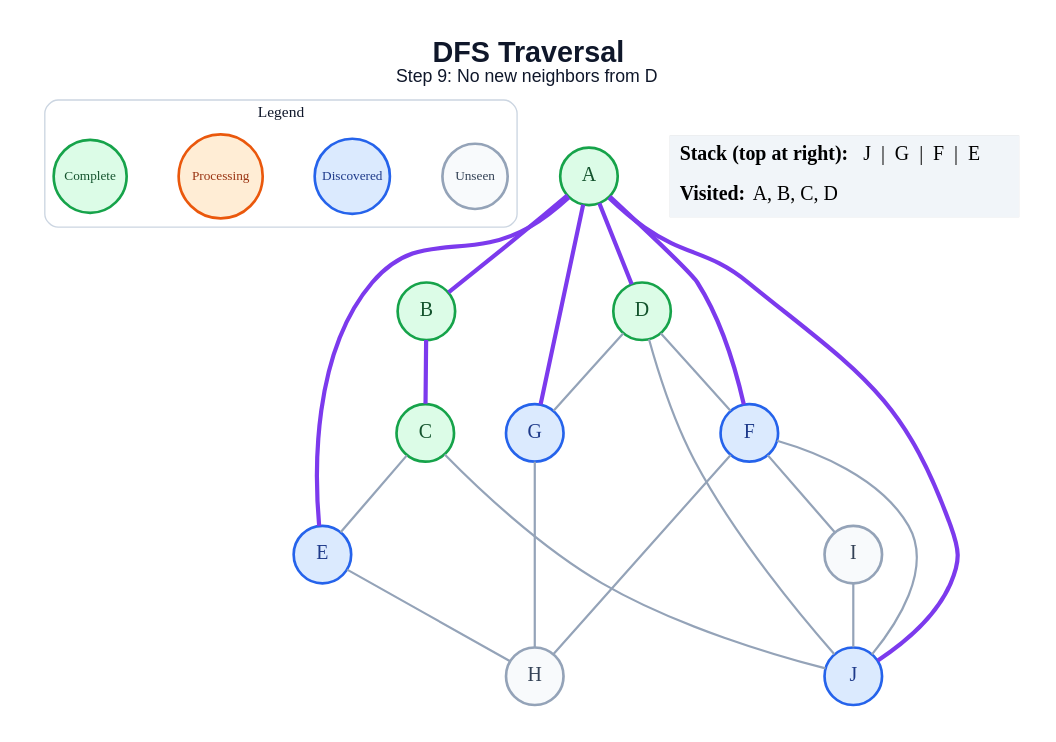
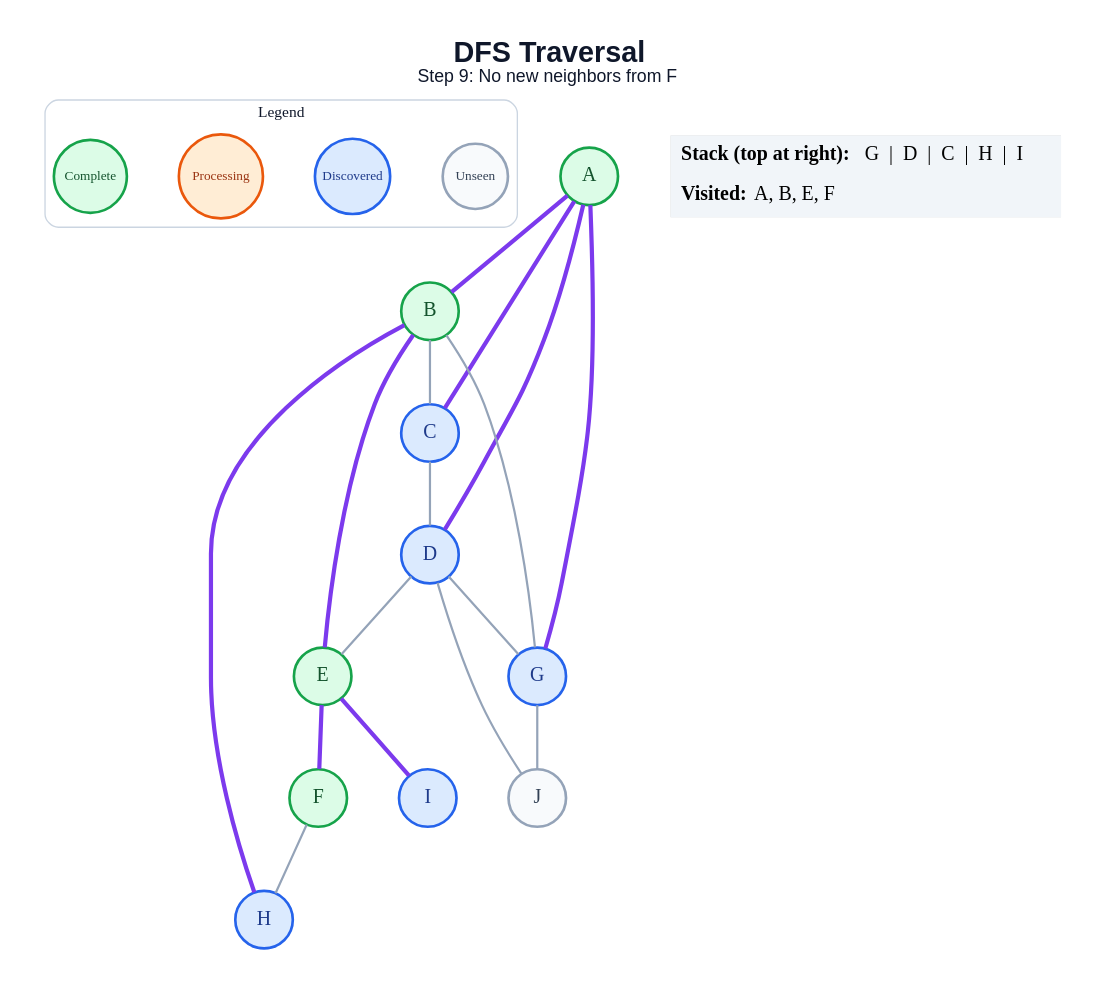
The diagram in generated/dfs/step_09.dot (amanghodawala9/ai-slop), drawn with Graphviz before and after one commit. The commit also changed 178 other files, not shown here.

```diff
--- a/generated/dfs/step_09.dot
+++ b/generated/dfs/step_09.dot
@@ -1,47 +1,45 @@
 graph traversal {
   graph [layout=dot, rankdir=TB, bgcolor="#FFFFFF", pad="0.35", nodesep="0.65", ranksep="0.8", fontname="Arial"];
   node [shape=circle, style="filled", fontname="Arial Bold", fontsize=18, width=0.72, fixedsize=true, penwidth=2.4];
   edge [color="#94A3B8", penwidth=2.0];
-  label=<<B>DFS Traversal</B><BR/><FONT POINT-SIZE="16">Step 9: No new neighbors from D</FONT>>; labelloc="t"; fontsize=26; fontname="Arial"; fontcolor="#0F172A";
+  label=<<B>DFS Traversal</B><BR/><FONT POINT-SIZE="16">Step 9: No new neighbors from F</FONT>>; labelloc="t"; fontsize=26; fontname="Arial"; fontcolor="#0F172A";
   subgraph cluster_legend { label="Legend"; color="#CBD5E1"; penwidth=1.2; style="rounded"; fontsize=14; fontname="Arial Bold";
     key_unseen [label="Unseen", fillcolor="#F8FAFC", color="#94A3B8", fontcolor="#334155", fontsize=12, width=0.82];
     key_frontier [label="Discovered", fillcolor="#DBEAFE", color="#2563EB", fontcolor="#1E3A8A", fontsize=12, width=0.95];
     key_current [label="Processing", fillcolor="#FFEDD5", color="#EA580C", fontcolor="#9A3412", fontsize=12, width=1.05];
     key_done [label="Complete", fillcolor="#DCFCE7", color="#16A34A", fontcolor="#14532D", fontsize=12, width=0.92];
     { rank=same; key_unseen; key_frontier; key_current; key_done; }
   }
   A [fillcolor="#DCFCE7", color="#16A34A", fontcolor="#14532D"];
   B [fillcolor="#DCFCE7", color="#16A34A", fontcolor="#14532D"];
-  C [fillcolor="#DCFCE7", color="#16A34A", fontcolor="#14532D"];
-  D [fillcolor="#DCFCE7", color="#16A34A", fontcolor="#14532D"];
-  E [fillcolor="#DBEAFE", color="#2563EB", fontcolor="#1E3A8A"];
-  F [fillcolor="#DBEAFE", color="#2563EB", fontcolor="#1E3A8A"];
+  C [fillcolor="#DBEAFE", color="#2563EB", fontcolor="#1E3A8A"];
+  D [fillcolor="#DBEAFE", color="#2563EB", fontcolor="#1E3A8A"];
+  E [fillcolor="#DCFCE7", color="#16A34A", fontcolor="#14532D"];
+  F [fillcolor="#DCFCE7", color="#16A34A", fontcolor="#14532D"];
   G [fillcolor="#DBEAFE", color="#2563EB", fontcolor="#1E3A8A"];
-  H [fillcolor="#F8FAFC", color="#94A3B8", fontcolor="#334155"];
-  I [fillcolor="#F8FAFC", color="#94A3B8", fontcolor="#334155"];
-  J [fillcolor="#DBEAFE", color="#2563EB", fontcolor="#1E3A8A"];
+  H [fillcolor="#DBEAFE", color="#2563EB", fontcolor="#1E3A8A"];
+  I [fillcolor="#DBEAFE", color="#2563EB", fontcolor="#1E3A8A"];
+  J [fillcolor="#F8FAFC", color="#94A3B8", fontcolor="#334155"];
   A -- B [color="#7C3AED", penwidth=3.8];
+  A -- C [color="#7C3AED", penwidth=3.8];
   A -- D [color="#7C3AED", penwidth=3.8];
-  A -- E [color="#7C3AED", penwidth=3.8];
-  A -- F [color="#7C3AED", penwidth=3.8];
   A -- G [color="#7C3AED", penwidth=3.8];
-  A -- J [color="#7C3AED", penwidth=3.8];
-  B -- C [color="#7C3AED", penwidth=3.8];
-  C -- E;
-  C -- J;
-  D -- F;
+  B -- C;
+  B -- E [color="#7C3AED", penwidth=3.8];
+  B -- G;
+  B -- H [color="#7C3AED", penwidth=3.8];
+  C -- D;
+  D -- E;
   D -- G;
   D -- J;
-  E -- H;
+  E -- F [color="#7C3AED", penwidth=3.8];
+  E -- I [color="#7C3AED", penwidth=3.8];
   F -- H;
-  F -- I;
-  F -- J;
-  G -- H;
-  I -- J;
+  G -- J;
   status [shape=plain, fixedsize=false, width=0, height=0, margin=0, label=<
     <TABLE BORDER="0" CELLBORDER="0" CELLPADDING="7" BGCOLOR="#F1F5F9">
-      <TR><TD ALIGN="LEFT"><B>Stack (top at right):</B> J  |  G  |  F  |  E</TD></TR>
-      <TR><TD ALIGN="LEFT"><B>Visited:</B> A, B, C, D</TD></TR>
+      <TR><TD ALIGN="LEFT"><B>Stack (top at right):</B> G  |  D  |  C  |  H  |  I</TD></TR>
+      <TR><TD ALIGN="LEFT"><B>Visited:</B> A, B, E, F</TD></TR>
     </TABLE>
   >];
 }
```
